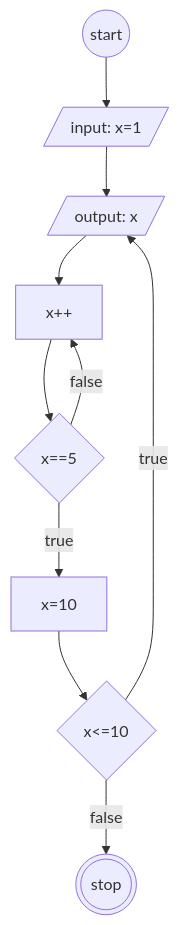
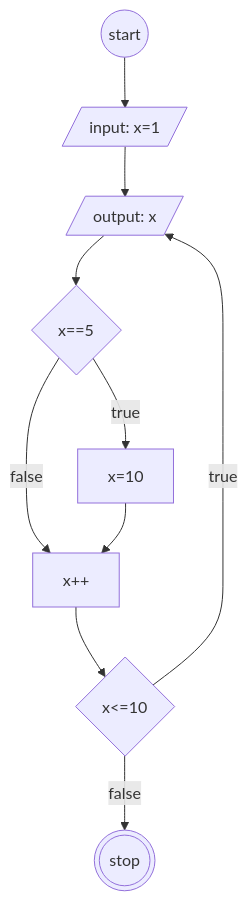
The second of 2 diagrams in flowchart-loop.md (mslthn/koda-b6-javascript1), drawn with Mermaid before and after one commit. The commit also changed other lines of this file, not shown here.

````diff
--- a/flowchart-loop.md
+++ b/flowchart-loop.md
@@ -22,20 +22,20 @@
 ```mermaid
 flowchart TD
 start@{shape: circ}
 init@{shape: lean-r, label: "input: x=1"}
 for@{shape: diamond, label: "x<=10"}
 cons@{shape: lean-r, label: "output: x"}
 if@{shape: diamond, label: "x==5"}
 ifTrue@{shape: rect, label: "x=10"}
 update@{shape: rect, label: "x++"}
 forStop@{shape: dbl-circ, label: "stop"}
 
 start-->init
 init-->cons
-cons-->update-->if
+cons-->if
 if-->|true| ifTrue
-if-->|false| update
-ifTrue-->for
+if-->|false| update-->for
+ifTrue-->update
 for-->|false| forStop
 for-->|true| cons
 ```
````
